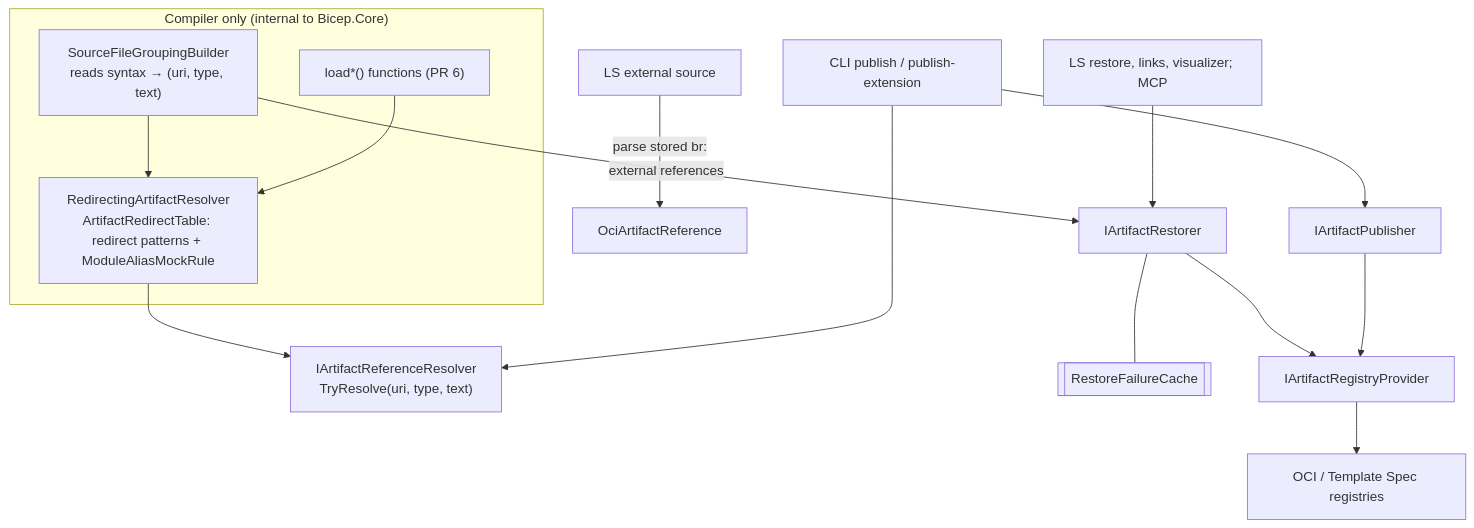
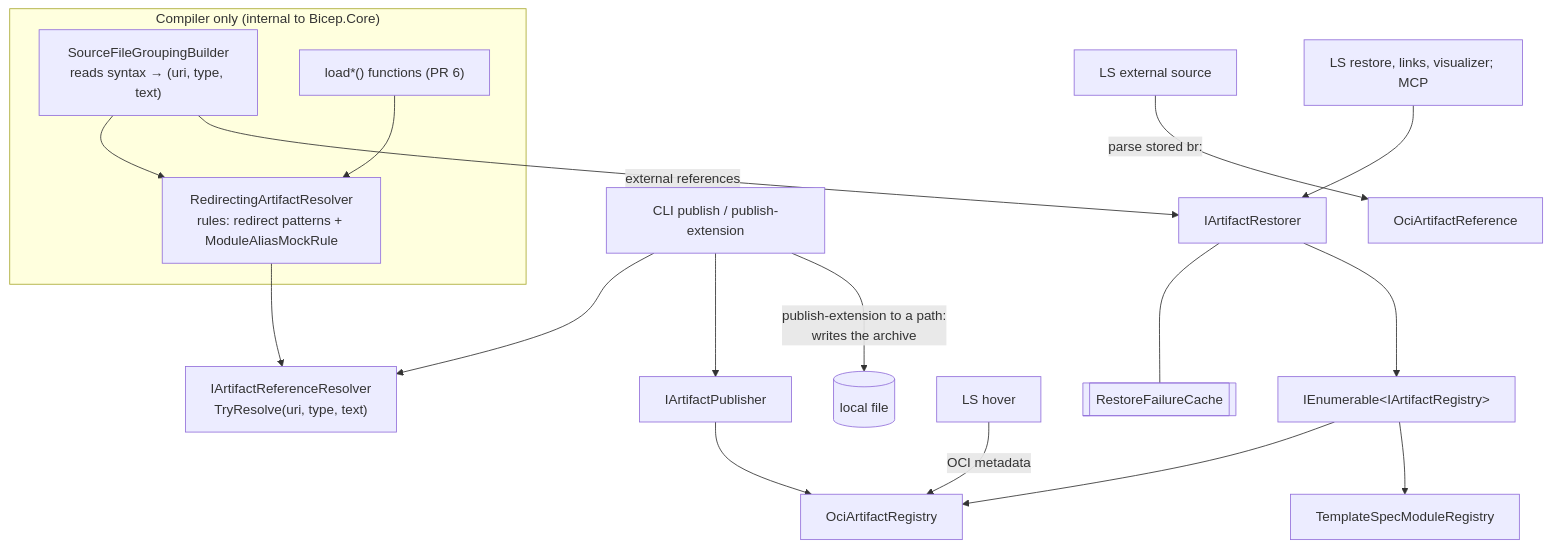
The second of 3 diagrams in docs/design/rep-0022-implementation-plan.md (Azure/bicep), drawn with Mermaid before and after one commit. The commit also changed other lines of this file, not shown here.

Commit message:
REP 0022 plan: make 0.8 the last Phase 0 stage and simplify the registry types

````diff
--- a/docs/design/rep-0022-implementation-plan.md
+++ b/docs/design/rep-0022-implementation-plan.md
@@ -203,18 +204,21 @@
 ```mermaid
 flowchart TB
   subgraph Compiler["Compiler only (internal to Bicep.Core)"]
     SG["SourceFileGroupingBuilder<br/>reads syntax → (uri, type, text)"] --> RR
     LF["load*() functions (PR 6)"] --> RR
-    RR["RedirectingArtifactResolver<br/>ArtifactRedirectTable: redirect patterns + ModuleAliasMockRule"]
+    RR["RedirectingArtifactResolver<br/>rules: redirect patterns + ModuleAliasMockRule"]
   end
   RR --> R["IArtifactReferenceResolver<br/>TryResolve(uri, type, text)"]
   CLI["CLI publish / publish-extension"] --> R
   EXT["LS external source"] -->|"parse stored br:"| OCI["OciArtifactReference"]
   SG -->|"external references"| RS["IArtifactRestorer"]
   LSR["LS restore, links, visualizer; MCP"] --> RS
   CLI --> P["IArtifactPublisher"]
+  CLI -->|"publish-extension to a path:<br/>writes the archive"| LFILE[("local file")]
+  HV["LS hover"] -->|"OCI metadata"| OREG
   RS --- FC[["RestoreFailureCache"]]
-  RS --> RP["IArtifactRegistryProvider"]
-  P --> RP
-  RP --> REG["OCI / Template Spec registries"]
+  RS --> REGS["IEnumerable&lt;IArtifactRegistry&gt;"]
+  REGS --> OREG["OciArtifactRegistry"]
+  REGS --> TREG["TemplateSpecModuleRegistry"]
+  P --> OREG
 ```
````
